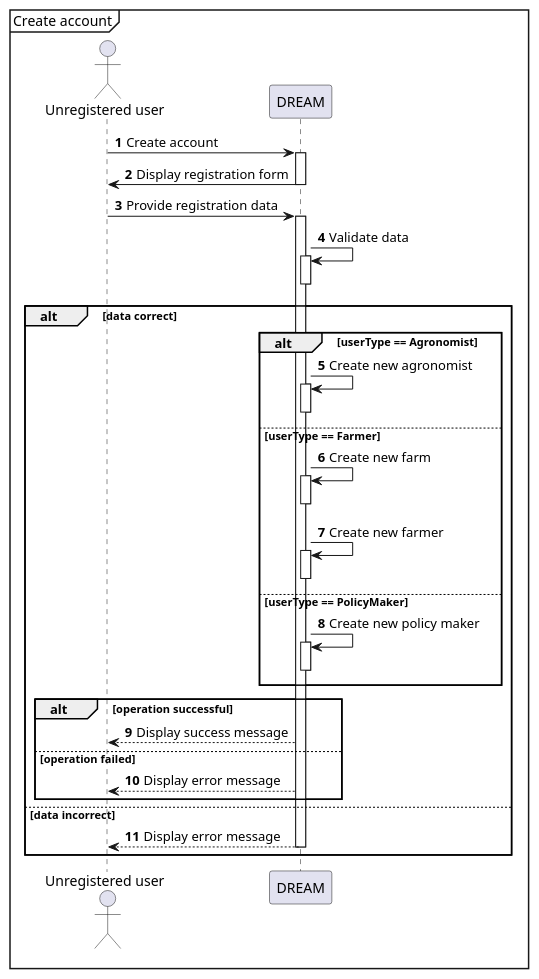
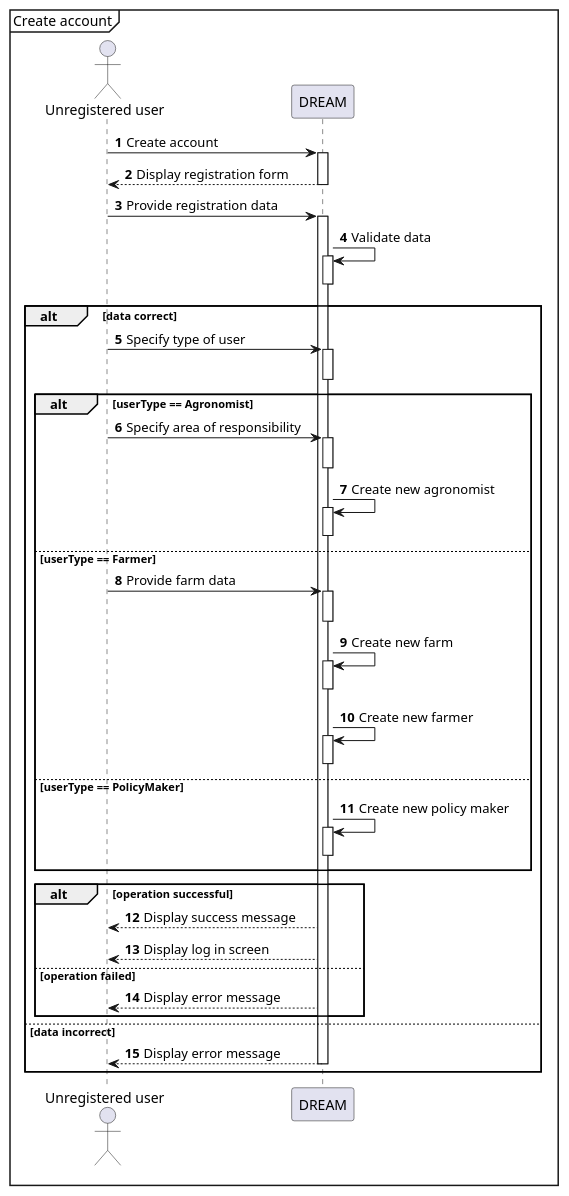
Before and after one commit to Astenna/DREAM: the diagram in RASD/uml/sequence/create_account.puml, drawn with PlantUML.

Commit message:
Update create_account sequence diagram

```diff
--- a/RASD/uml/sequence/create_account.puml
+++ b/RASD/uml/sequence/create_account.puml
@@ -1,40 +1,50 @@
 @startuml Create Account
 
 mainframe Create account
 autonumber
 
 actor "Unregistered user" as Unreg
 participant DREAM
 
 Unreg -> DREAM++: Create account
-DREAM -> Unreg--: Display registration form
+DREAM --> Unreg--: Display registration form
 
 Unreg -> DREAM++: Provide registration data
+
 DREAM -> DREAM++: Validate data
 deactivate DREAM
 
 alt data correct
+    Unreg -> DREAM++: Specify type of user
+    deactivate DREAM
     alt userType == Agronomist
+        Unreg -> DREAM++: Specify area of responsibility
+        deactivate DREAM
+
         DREAM -> DREAM++: Create new agronomist
         deactivate DREAM
     else userType == Farmer
+        Unreg -> DREAM++: Provide farm data
+        deactivate DREAM
+
         DREAM -> DREAM++: Create new farm
         deactivate DREAM
         DREAM -> DREAM++: Create new farmer
         deactivate DREAM
     else userType == PolicyMaker
         DREAM -> DREAM++: Create new policy maker
         deactivate DREAM
     end
 
     alt operation successful
         DREAM --> Unreg : Display success message
+        DREAM --> Unreg : Display log in screen
     else operation failed
         DREAM --> Unreg : Display error message
     end
 
 else data incorrect
     DREAM --> Unreg--: Display error message
 end
 
 @enduml
```
